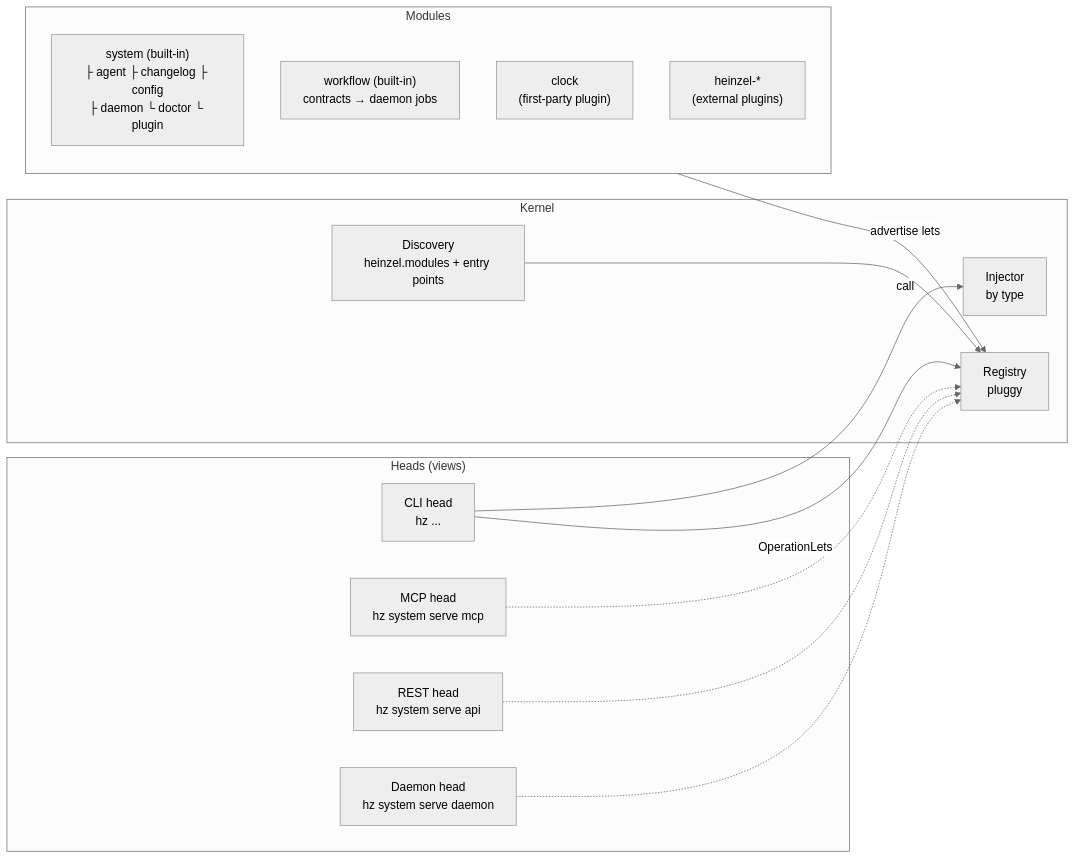
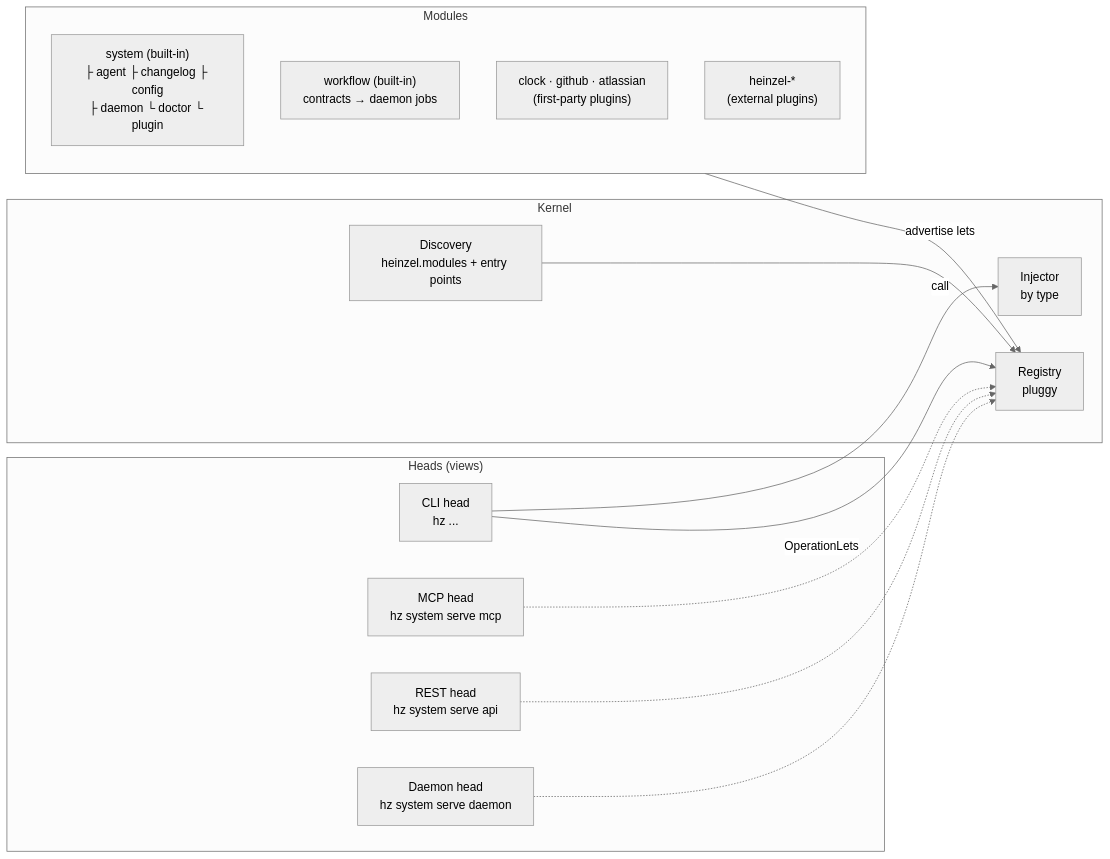
One commit to helmut-hoffer-von-ankershoffen/heinzel changed the diagram in docs/ARCHITECTURE.md. Above: the diagram before and after it, drawn with Mermaid (neutral theme). The commit also changed other lines of this file and 73 other files, not shown here.

First line of the commit message:
feat(plugin): GitHub and Atlassian adapters as first-party plugins

````diff
--- a/docs/ARCHITECTURE.md
+++ b/docs/ARCHITECTURE.md
@@ -5,27 +5,27 @@
 ```mermaid
 flowchart LR
     subgraph Heads["Heads (views)"]
         CLI["CLI head<br/>hz ..."]
         MCP["MCP head<br/>hz system serve mcp"]
         REST["REST head<br/>hz system serve api"]
         Daemon["Daemon head<br/>hz system serve daemon"]
     end
     subgraph Kernel
         Discovery["Discovery<br/>heinzel.modules + entry points"]
         Registry["Registry<br/>pluggy"]
         Injector["Injector<br/>by type"]
     end
     subgraph Modules
         System["system (built-in)<br/>├ agent ├ changelog ├ config<br/>├ daemon └ doctor └ plugin"]
         Workflow["workflow (built-in)<br/>contracts → daemon jobs"]
-        Clock["clock<br/>(first-party plugin)"]
+        Clock["clock · github · atlassian<br/>(first-party plugins)"]
         Ext["heinzel-*<br/>(external plugins)"]
     end
     Discovery --> Registry
     Modules -- "advertise lets" --> Registry
     CLI -- "OperationLets" --> Registry
     MCP -.-> Registry
     REST -.-> Registry
     Daemon -.-> Registry
     CLI -- "call" --> Injector
 ```
````
